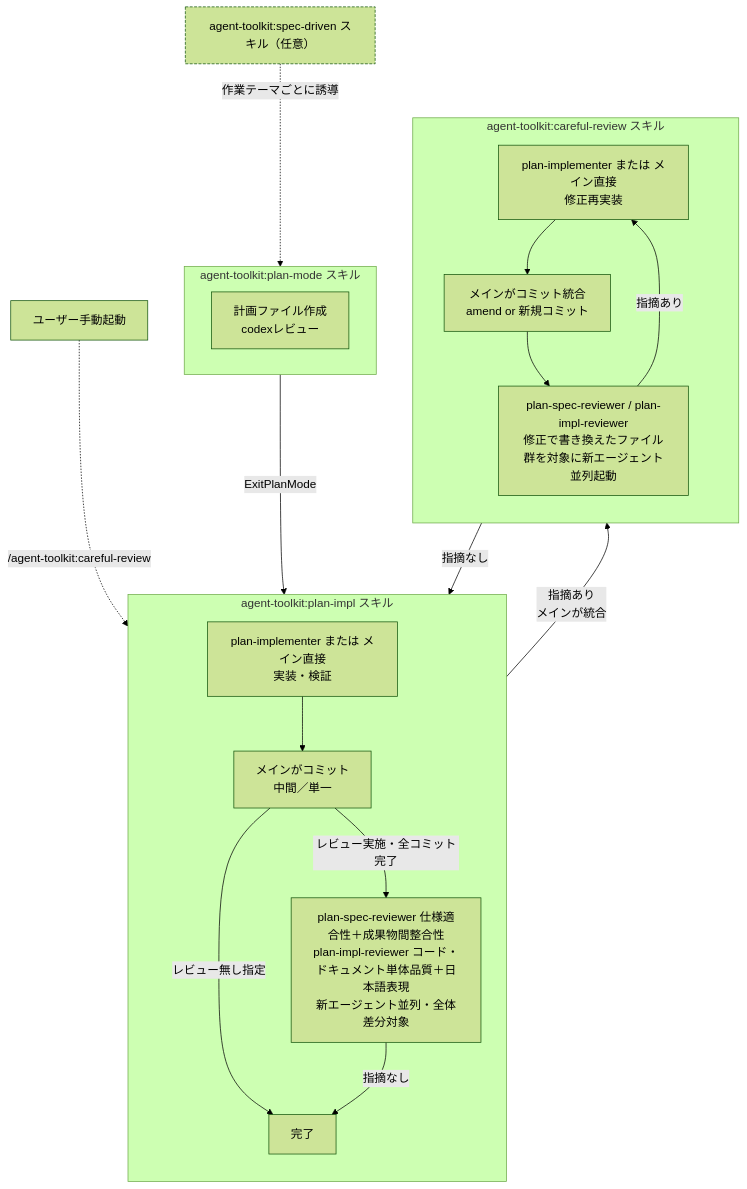
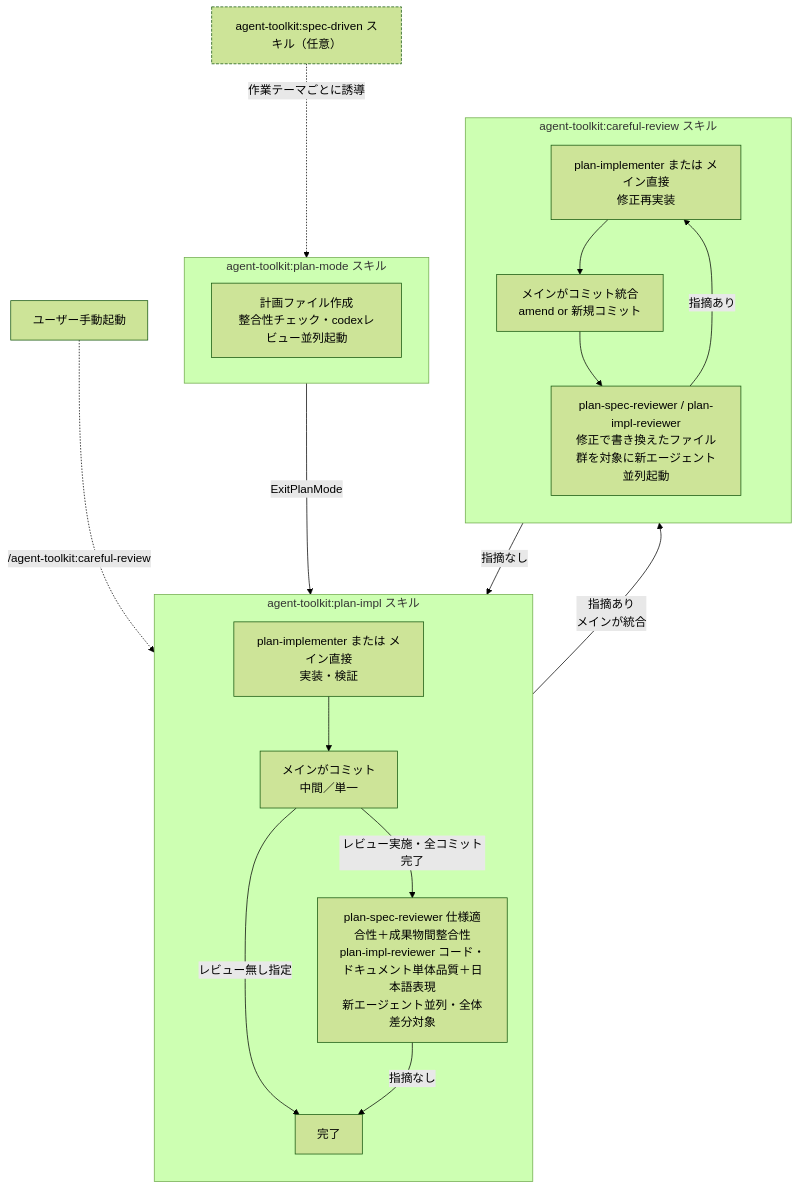
The diagram in .claude/skills/agent-toolkit-edit/SKILL.md (ak110/dotfiles), drawn with Mermaid (forest theme) before and after one commit. The commit also changed other lines of this file and 26 other files, not shown here.

````diff
--- a/.claude/skills/agent-toolkit-edit/SKILL.md
+++ b/.claude/skills/agent-toolkit-edit/SKILL.md
@@ -72,28 +73,28 @@
 ```mermaid
 flowchart TB
     SD["agent-toolkit:spec-driven スキル（任意）"]:::sd
     subgraph PM["agent-toolkit:plan-mode スキル"]
-      P[計画ファイル作成<br/>codexレビュー]
+      P[計画ファイル作成<br/>整合性チェック・codexレビュー並列起動]
     end
     subgraph PI["agent-toolkit:plan-impl スキル"]
       direction TB
       T[plan-implementer または メイン直接<br/>実装・検証] --> CM[メインがコミット<br/>中間／単一]
       CM -->|レビュー無し指定| END[完了]
       CM -->|レビュー実施・全コミット完了| CR
     end
     subgraph CRS["agent-toolkit:careful-review スキル"]
       direction TB
       CR[plan-spec-reviewer 仕様適合性＋成果物間整合性<br/>plan-impl-reviewer コード・ドキュメント単体品質＋日本語表現<br/>新エージェント並列・全体差分対象]
       CR -->|指摘あり<br/>メインが統合| T2[plan-implementer または メイン直接<br/>修正再実装]
       T2 --> CFix[メインがコミット統合<br/>amend or 新規コミット]
       CFix --> R2[plan-spec-reviewer / plan-impl-reviewer<br/>修正で書き換えたファイル群を対象に新エージェント並列起動]
       R2 -->|指摘あり| T2
       CR -->|指摘なし| END
       R2 -->|指摘なし| END
     end
     SD -.->|作業テーマごとに誘導| PM
     PM -->|ExitPlanMode| PI
     User[ユーザー手動起動] -.->|/agent-toolkit:careful-review| CR
 
     classDef sd stroke-dasharray: 4 2
 ```
````
